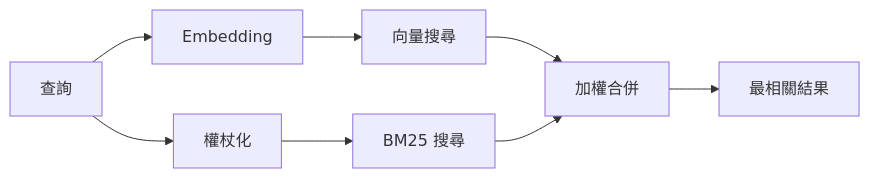
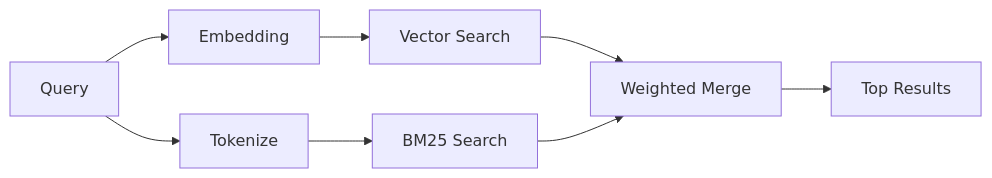
One commit to openclaw/docs changed the diagram in docs/zh-TW/concepts/memory-search.md. Above: the diagram before and after it, drawn with Mermaid. The commit also changed other lines of this file and 6957 other files, not shown here.

````diff
--- a/docs/zh-TW/concepts/memory-search.md
+++ b/docs/zh-TW/concepts/memory-search.md
@@ -58,10 +61,10 @@
 ```mermaid
 flowchart LR
-    Q["查詢"] --> E["Embedding"]
-    Q --> T["權杖化"]
-    E --> VS["向量搜尋"]
-    T --> BM["BM25 搜尋"]
-    VS --> M["加權合併"]
+    Q["Query"] --> E["Embedding"]
+    Q --> T["Tokenize"]
+    E --> VS["Vector Search"]
+    T --> BM["BM25 Search"]
+    VS --> M["Weighted Merge"]
     BM --> M
-    M --> R["最相關結果"]
+    M --> R["Top Results"]
 ```
````
